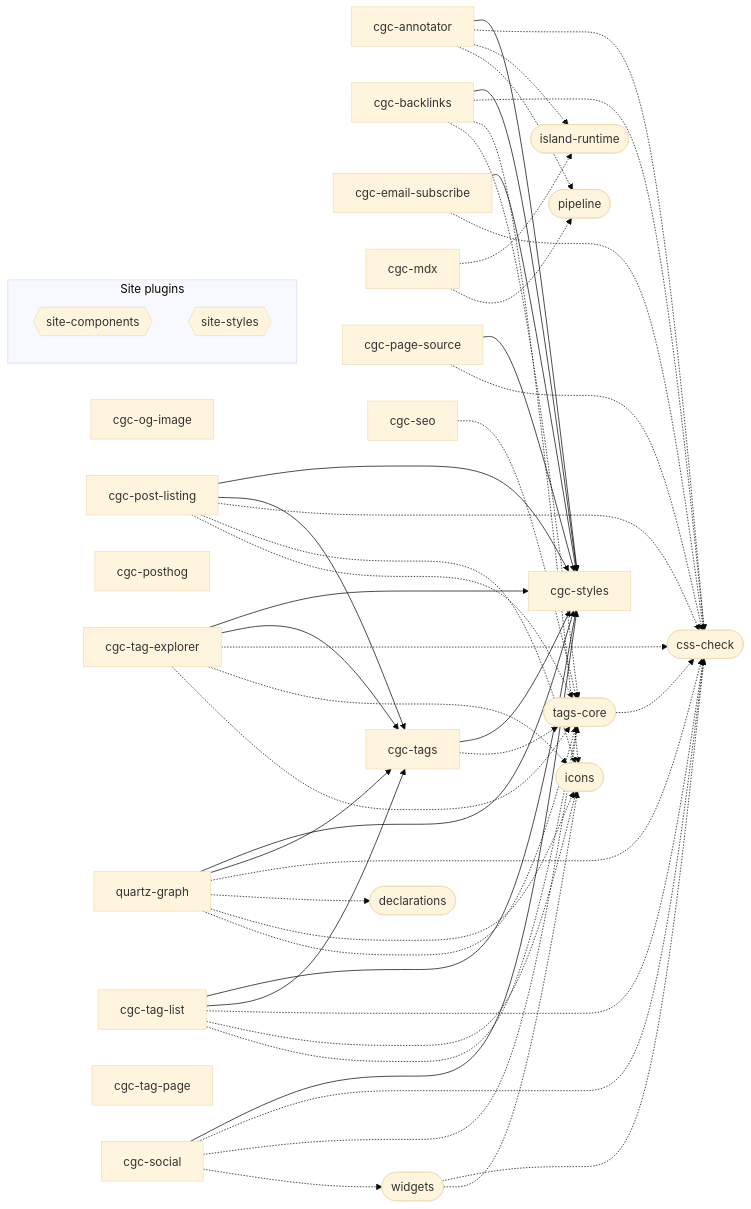
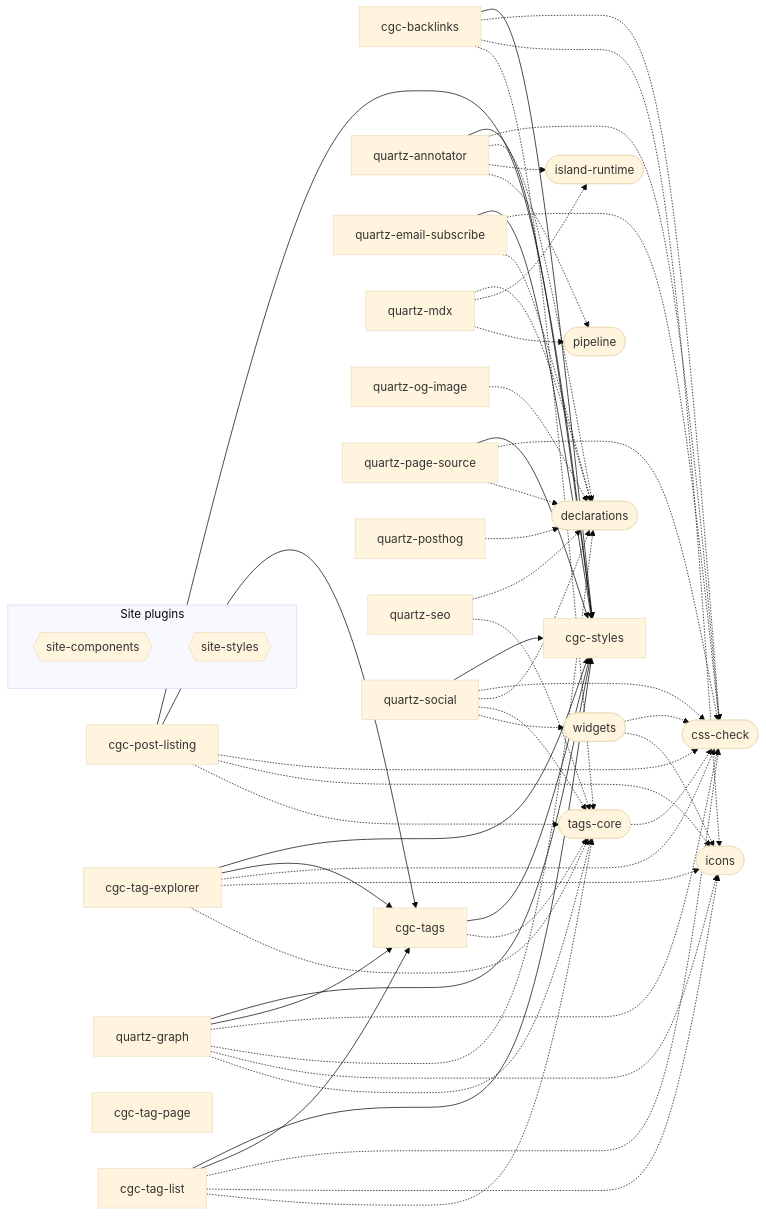
Before and after one commit to chaoticgoodcomputing/blog: the diagram in content/public/tags/projects/site/plugins/index.md, drawn with Mermaid (base theme). The commit also changed 260 other files, not shown here.

````diff
--- a/content/public/tags/projects/site/plugins/index.md
+++ b/content/public/tags/projects/site/plugins/index.md
@@ -16,21 +16,21 @@
 ```mermaid
 flowchart LR
-  plugin_cgc_annotator["cgc-annotator"]
   plugin_cgc_backlinks["cgc-backlinks"]
-  plugin_cgc_email_subscribe["cgc-email-subscribe"]
-  plugin_cgc_mdx["cgc-mdx"]
-  plugin_cgc_og_image["cgc-og-image"]
-  plugin_cgc_page_source["cgc-page-source"]
   plugin_cgc_post_listing["cgc-post-listing"]
-  plugin_cgc_posthog["cgc-posthog"]
-  plugin_cgc_seo["cgc-seo"]
-  plugin_cgc_social["cgc-social"]
   plugin_cgc_styles["cgc-styles"]
   plugin_cgc_tag_explorer["cgc-tag-explorer"]
   plugin_cgc_tag_list["cgc-tag-list"]
   plugin_cgc_tag_page["cgc-tag-page"]
   plugin_cgc_tags["cgc-tags"]
+  plugin_quartz_annotator["quartz-annotator"]
+  plugin_quartz_email_subscribe["quartz-email-subscribe"]
   plugin_quartz_graph["quartz-graph"]
+  plugin_quartz_mdx["quartz-mdx"]
+  plugin_quartz_og_image["quartz-og-image"]
+  plugin_quartz_page_source["quartz-page-source"]
+  plugin_quartz_posthog["quartz-posthog"]
+  plugin_quartz_seo["quartz-seo"]
+  plugin_quartz_social["quartz-social"]
   library_css_check(["css-check"])
   library_declarations(["declarations"])
   library_icons(["icons"])
@@ -42,37 +42,26 @@
     site_plugin_site_components{{"site-components"}}
     site_plugin_site_styles{{"site-styles"}}
   end
-  plugin_cgc_annotator --> plugin_cgc_styles
   plugin_cgc_backlinks --> plugin_cgc_styles
-  plugin_cgc_email_subscribe --> plugin_cgc_styles
-  plugin_cgc_page_source --> plugin_cgc_styles
   plugin_cgc_post_listing --> plugin_cgc_styles
   plugin_cgc_post_listing --> plugin_cgc_tags
-  plugin_cgc_social --> plugin_cgc_styles
   plugin_cgc_tag_explorer --> plugin_cgc_styles
   plugin_cgc_tag_explorer --> plugin_cgc_tags
   plugin_cgc_tag_list --> plugin_cgc_styles
   plugin_cgc_tag_list --> plugin_cgc_tags
   plugin_cgc_tags --> plugin_cgc_styles
+  plugin_quartz_annotator --> plugin_cgc_styles
+  plugin_quartz_email_subscribe --> plugin_cgc_styles
   plugin_quartz_graph --> plugin_cgc_styles
   plugin_quartz_graph --> plugin_cgc_tags
-  plugin_cgc_annotator -.-> library_css_check
-  plugin_cgc_annotator -.-> library_island_runtime
-  plugin_cgc_annotator -.-> library_pipeline
+  plugin_quartz_page_source --> plugin_cgc_styles
+  plugin_quartz_social --> plugin_cgc_styles
   plugin_cgc_backlinks -.-> library_css_check
   plugin_cgc_backlinks -.-> library_icons
   plugin_cgc_backlinks -.-> library_tags_core
-  plugin_cgc_email_subscribe -.-> library_css_check
-  plugin_cgc_mdx -.-> library_island_runtime
-  plugin_cgc_mdx -.-> library_pipeline
-  plugin_cgc_page_source -.-> library_css_check
   plugin_cgc_post_listing -.-> library_css_check
   plugin_cgc_post_listing -.-> library_icons
   plugin_cgc_post_listing -.-> library_tags_core
-  plugin_cgc_seo -.-> library_tags_core
-  plugin_cgc_social -.-> library_css_check
-  plugin_cgc_social -.-> library_tags_core
-  plugin_cgc_social -.-> library_widgets
   plugin_cgc_tag_explorer -.-> library_css_check
   plugin_cgc_tag_explorer -.-> library_icons
   plugin_cgc_tag_explorer -.-> library_tags_core
@@ -80,27 +69,46 @@
   plugin_cgc_tag_list -.-> library_icons
   plugin_cgc_tag_list -.-> library_tags_core
   plugin_cgc_tags -.-> library_tags_core
+  plugin_quartz_annotator -.-> library_css_check
+  plugin_quartz_annotator -.-> library_declarations
+  plugin_quartz_annotator -.-> library_island_runtime
+  plugin_quartz_annotator -.-> library_pipeline
+  plugin_quartz_email_subscribe -.-> library_css_check
+  plugin_quartz_email_subscribe -.-> library_declarations
   plugin_quartz_graph -.-> library_css_check
   plugin_quartz_graph -.-> library_declarations
   plugin_quartz_graph -.-> library_icons
   plugin_quartz_graph -.-> library_tags_core
+  plugin_quartz_mdx -.-> library_declarations
+  plugin_quartz_mdx -.-> library_island_runtime
+  plugin_quartz_mdx -.-> library_pipeline
+  plugin_quartz_og_image -.-> library_declarations
+  plugin_quartz_page_source -.-> library_css_check
+  plugin_quartz_page_source -.-> library_declarations
+  plugin_quartz_posthog -.-> library_declarations
+  plugin_quartz_seo -.-> library_declarations
+  plugin_quartz_seo -.-> library_tags_core
+  plugin_quartz_social -.-> library_css_check
+  plugin_quartz_social -.-> library_declarations
+  plugin_quartz_social -.-> library_tags_core
+  plugin_quartz_social -.-> library_widgets
   library_tags_core -.-> library_css_check
   library_widgets -.-> library_css_check
   library_widgets -.-> library_icons
-  click plugin_cgc_annotator "/plugins/cgc-annotator"
   click plugin_cgc_backlinks "/plugins/cgc-backlinks"
-  click plugin_cgc_email_subscribe "/plugins/cgc-email-subscribe"
-  click plugin_cgc_mdx "/plugins/cgc-mdx"
-  click plugin_cgc_og_image "/plugins/cgc-og-image"
-  click plugin_cgc_page_source "/plugins/cgc-page-source"
   click plugin_cgc_post_listing "/plugins/cgc-post-listing"
-  click plugin_cgc_posthog "/plugins/cgc-posthog"
-  click plugin_cgc_seo "/plugins/cgc-seo"
-  click plugin_cgc_social "/plugins/cgc-social"
   click plugin_cgc_styles "/plugins/cgc-styles"
   click plugin_cgc_tag_explorer "/plugins/cgc-tag-explorer"
   click plugin_cgc_tag_list "/plugins/cgc-tag-list"
   click plugin_cgc_tag_page "/plugins/cgc-tag-page"
   click plugin_cgc_tags "/plugins/cgc-tags"
+  click plugin_quartz_annotator "/plugins/quartz-annotator"
+  click plugin_quartz_email_subscribe "/plugins/quartz-email-subscribe"
   click plugin_quartz_graph "/plugins/quartz-graph"
+  click plugin_quartz_mdx "/plugins/quartz-mdx"
+  click plugin_quartz_og_image "/plugins/quartz-og-image"
+  click plugin_quartz_page_source "/plugins/quartz-page-source"
+  click plugin_quartz_posthog "/plugins/quartz-posthog"
+  click plugin_quartz_seo "/plugins/quartz-seo"
+  click plugin_quartz_social "/plugins/quartz-social"
 ```
````
